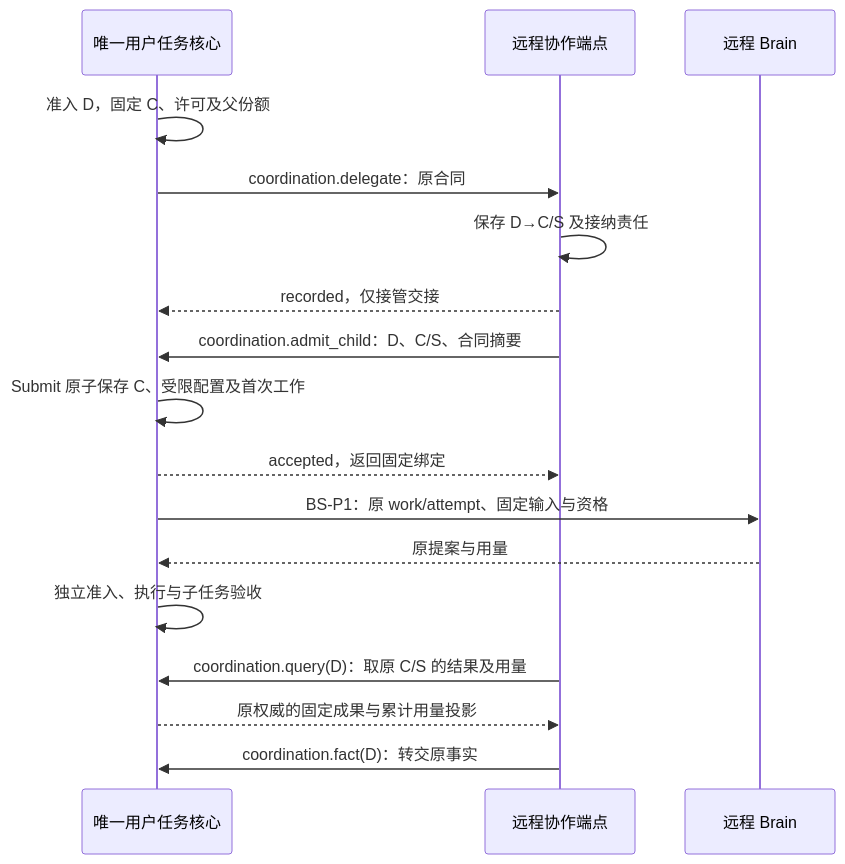
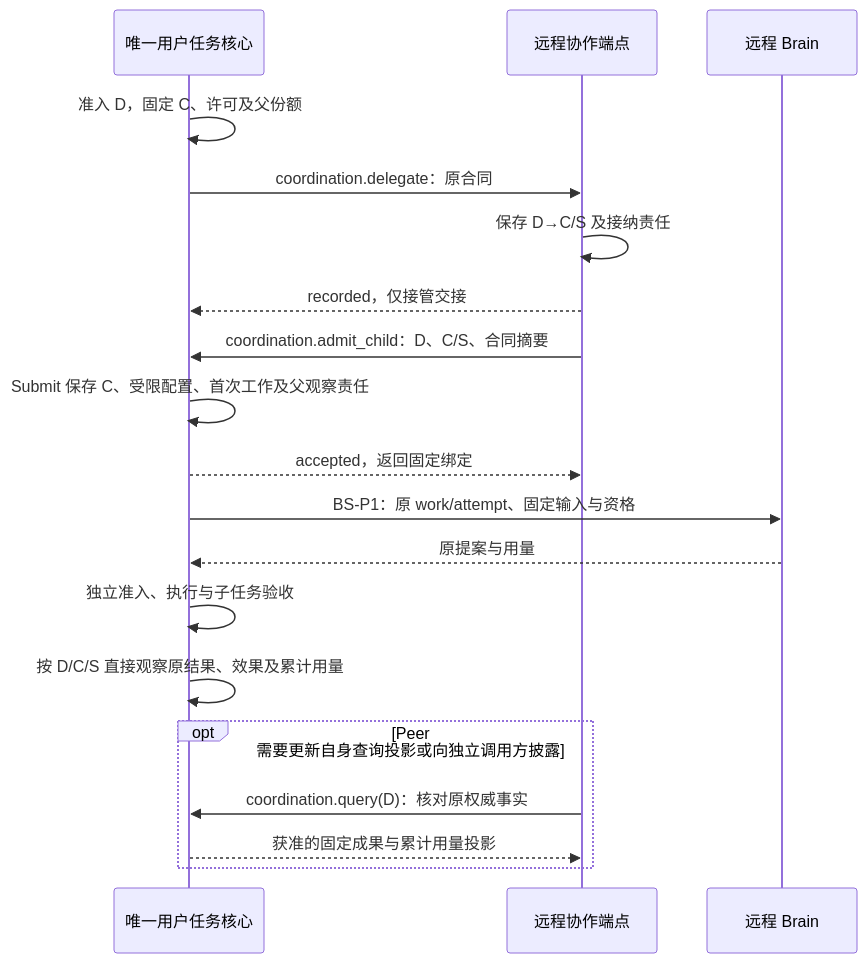
Before and after one commit to ruipengliu/lerna: the second of 3 diagrams in docs/architecture/agent-coordination/delegation.md, drawn with Mermaid. The commit also changed other lines of this file and 54 other files, not shown here.

Commit message:
docs: refine architecture specifications

````diff
--- a/docs/architecture/agent-coordination/delegation.md
+++ b/docs/architecture/agent-coordination/delegation.md
@@ -42,19 +42,21 @@
 ```mermaid
 sequenceDiagram
     participant K as 唯一用户任务核心
     participant P as 远程协作端点
     participant B as 远程 Brain
     K->>K: 准入 D，固定 C、许可及父份额
     K->>P: coordination.delegate：原合同
     P->>P: 保存 D→C/S 及接纳责任
     P-->>K: recorded，仅接管交接
     P->>K: coordination.admit_child：D、C/S、合同摘要
-    K->>K: Submit 原子保存 C、受限配置及首次工作
+    K->>K: Submit 保存 C、受限配置、首次工作及父观察责任
     K-->>P: accepted，返回固定绑定
     K->>B: BS-P1：原 work/attempt、固定输入与资格
     B-->>K: 原提案与用量
     K->>K: 独立准入、执行与子任务验收
-    P->>K: coordination.query(D)：取原 C/S 的结果及用量
-    K-->>P: 原权威的固定成果与累计用量投影
-    P->>K: coordination.fact(D)：转交原事实
+    K->>K: 按 D/C/S 直接观察原结果、效果及累计用量
+    opt Peer 需要更新自身查询投影或向独立调用方披露
+        P->>K: coordination.query(D)：核对原权威事实
+        K-->>P: 获准的固定成果与累计用量投影
+    end
 ```
````
